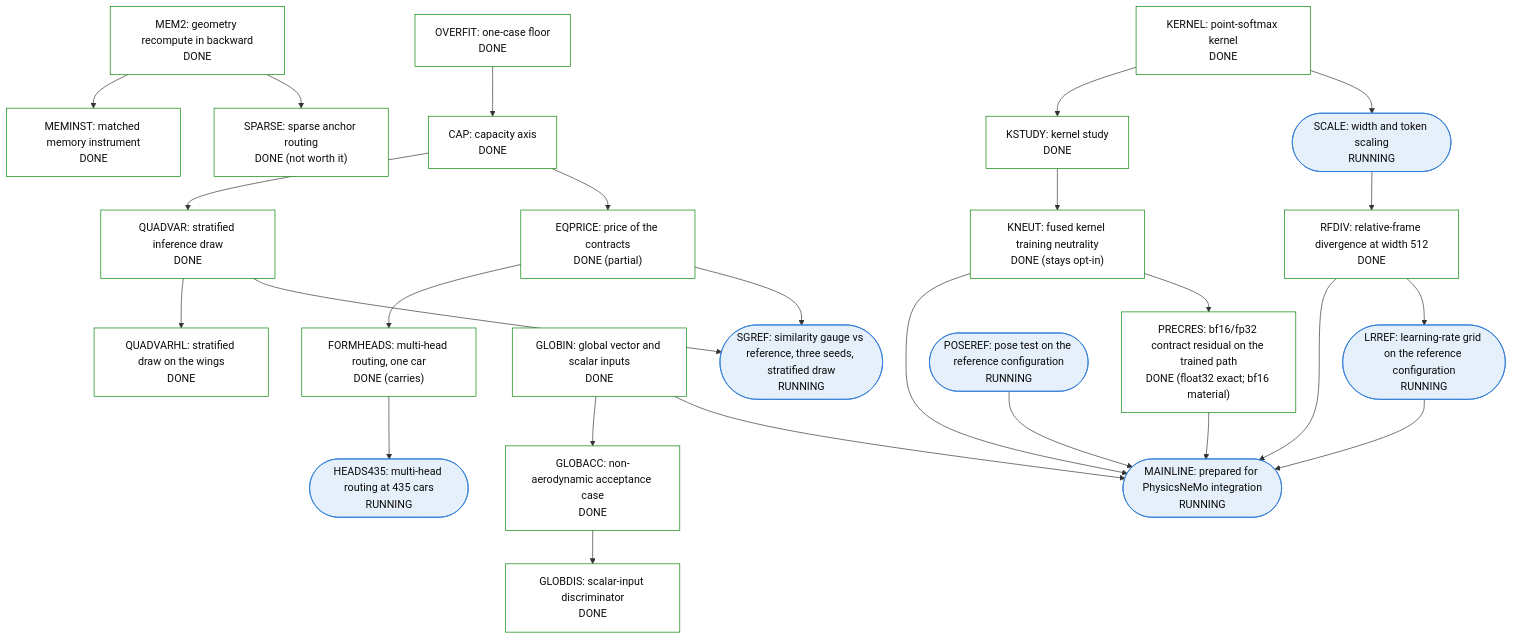
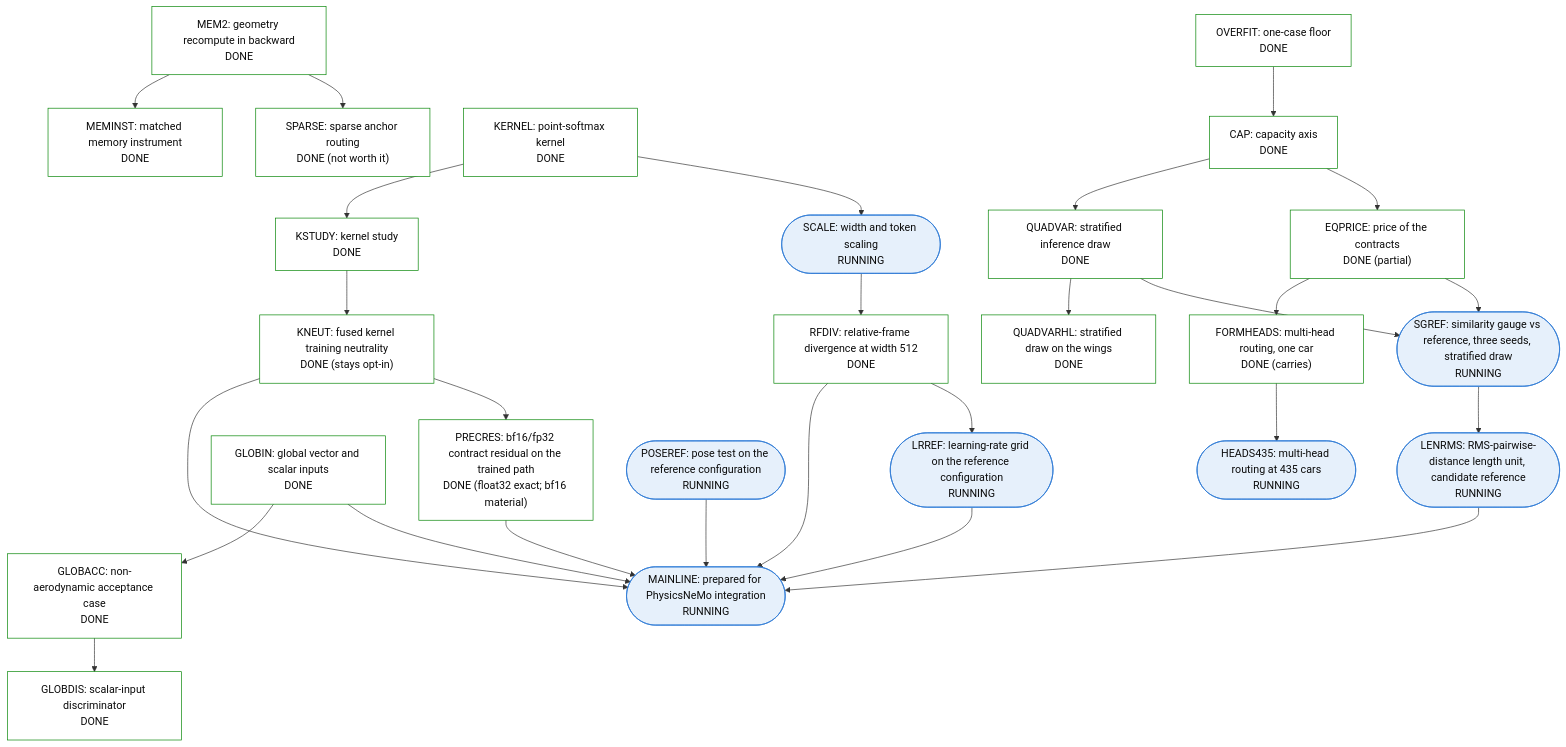
Before and after one commit to peterdsharpe/physicsnemo: the fifth of 5 diagrams in examples/cfd/mesh_transformer/book/13-program-status.qmd, drawn with Mermaid. The commit also changed other lines of this file and 1 other file, not shown here.

Commit message:
Notebook: LEN-RMS ruling and preregistration (RMS-pairwise-distance length unit as candidate reference; the similarity-gauge variant to leave the main results on principle; Koch-curve convergence table; bars validated / better / worse at 1.5% under the stratified draw); node and ledger row RUNNING

````diff
--- a/examples/cfd/mesh_transformer/book/13-program-status.qmd
+++ b/examples/cfd/mesh_transformer/book/13-program-status.qmd
@@ -281,58 +281,61 @@
 ```{mermaid}
 %%| fig-cap: >
 %%|   Sub-tree 5: cost, scale, deficit anatomy and mainline. HEADS435 is the
 %%|   one node RUNNING with a bar that could change the reference
 %%|   configuration; MAINLINE is the productization node.
 flowchart TB
     classDef done fill:#ffffff,stroke:#008300,color:#0b0b0b
     classDef running fill:#e6f0fb,stroke:#2a78d6,color:#0b0b0b
     classDef planned fill:#ffffff,stroke:#898781,color:#0b0b0b,stroke-dasharray:4 3
     classDef stopped fill:#f4f3ee,stroke:#52514e,color:#0b0b0b
     MEM2["MEM2: geometry recompute in backward<br/>DONE"]:::done
     MEMINST["MEMINST: matched memory instrument<br/>DONE"]:::done
     SPARSE["SPARSE: sparse anchor routing<br/>DONE (not worth it)"]:::done
     KERNEL["KERNEL: point-softmax kernel<br/>DONE"]:::done
     KSTUDY["KSTUDY: kernel study<br/>DONE"]:::done
     KNEUT["KNEUT: fused kernel training neutrality<br/>DONE (stays opt-in)"]:::done
     SCALE(["SCALE: width and token scaling<br/>RUNNING"]):::running
     RFDIV["RFDIV: relative-frame divergence at width 512<br/>DONE"]:::done
     OVERFIT["OVERFIT: one-case floor<br/>DONE"]:::done
     CAP["CAP: capacity axis<br/>DONE"]:::done
     QUADVAR["QUADVAR: stratified inference draw<br/>DONE"]:::done
     QUADVARHL["QUADVARHL: stratified draw on the wings<br/>DONE"]:::done
     EQPRICE["EQPRICE: price of the contracts<br/>DONE (partial)"]:::done
     FORMHEADS["FORMHEADS: multi-head routing, one car<br/>DONE (carries)"]:::done
     HEADS435(["HEADS435: multi-head routing at 435 cars<br/>RUNNING"]):::running
     GLOBIN["GLOBIN: global vector and scalar inputs<br/>DONE"]:::done
     GLOBACC["GLOBACC: non-aerodynamic acceptance case<br/>DONE"]:::done
     GLOBDIS["GLOBDIS: scalar-input discriminator<br/>DONE"]:::done
     MAINLINE(["MAINLINE: prepared for PhysicsNeMo integration<br/>RUNNING"]):::running
     PRECRES["PRECRES: bf16/fp32 contract residual on the trained path<br/>DONE (float32 exact; bf16 material)"]:::done
     SGREF(["SGREF: similarity gauge vs reference, three seeds, stratified draw<br/>RUNNING"]):::running
     POSEREF(["POSEREF: pose test on the reference configuration<br/>RUNNING"]):::running
     LRREF(["LRREF: learning-rate grid on the reference configuration<br/>RUNNING"]):::running
+    LENRMS(["LENRMS: RMS-pairwise-distance length unit, candidate reference<br/>RUNNING"]):::running
     MEM2 --> MEMINST
     MEM2 --> SPARSE
     KERNEL --> KSTUDY
     KSTUDY --> KNEUT
     KERNEL --> SCALE
     SCALE --> RFDIV
     OVERFIT --> CAP
     CAP --> QUADVAR
     QUADVAR --> QUADVARHL
     CAP --> EQPRICE
     EQPRICE --> FORMHEADS
     FORMHEADS --> HEADS435
     GLOBIN --> GLOBACC
     GLOBACC --> GLOBDIS
     GLOBIN --> MAINLINE
     RFDIV --> MAINLINE
     KNEUT --> MAINLINE
     KNEUT --> PRECRES
     PRECRES --> MAINLINE
     QUADVAR --> SGREF
     EQPRICE --> SGREF
     RFDIV --> LRREF
     POSEREF --> MAINLINE
     LRREF --> MAINLINE
+    SGREF --> LENRMS
+    LENRMS --> MAINLINE
 ```
````
